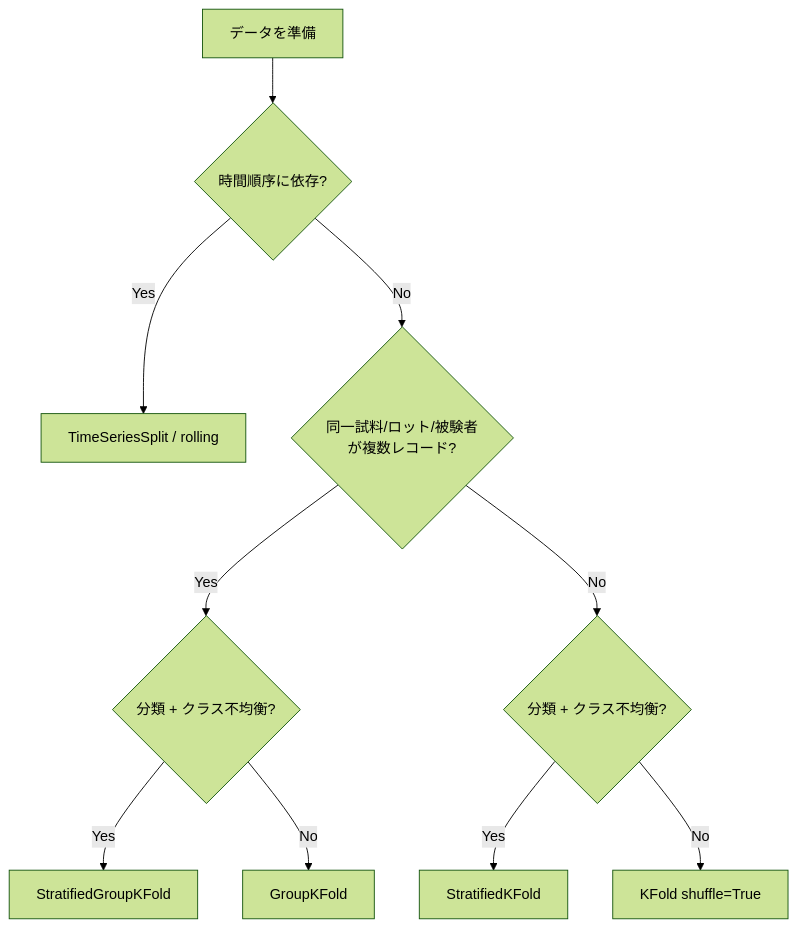
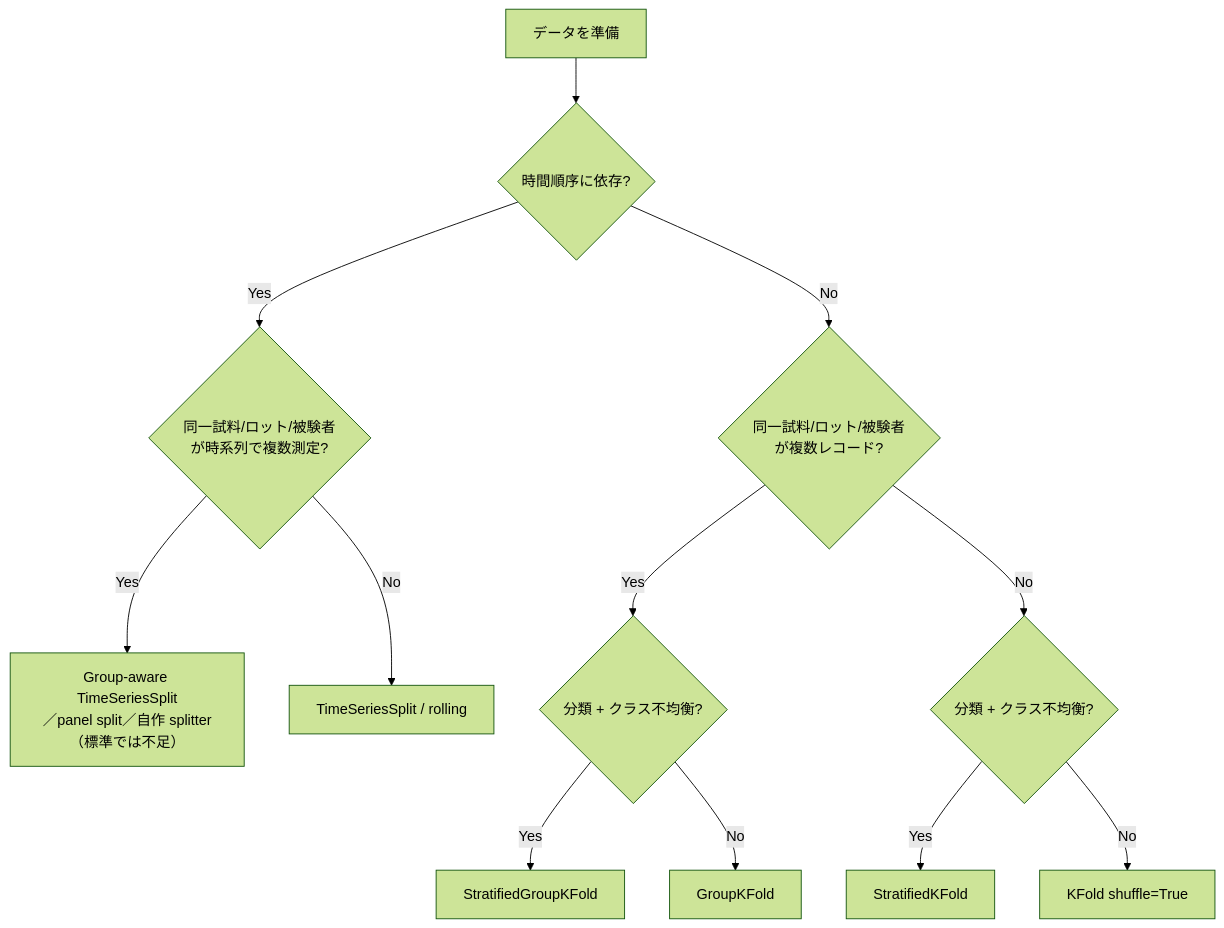
One commit to nahisaho/ARIMAgentDataAnalysisBook changed the diagram in papers/vol-02/chapter-07.md. Above: the diagram before and after it, drawn with Mermaid (forest theme). The commit also changed other lines of this file, not shown here.

````diff
--- a/papers/vol-02/chapter-07.md
+++ b/papers/vol-02/chapter-07.md
@@ -49,12 +49,14 @@
 ```mermaid
 flowchart TD
     A[データを準備] --> B{時間順序に依存?}
-    B -->|Yes| C[TimeSeriesSplit / rolling]
+    B -->|Yes| B2{同一試料/ロット/被験者<br/>が時系列で複数測定?}
+    B2 -->|Yes| B3["Group-aware TimeSeriesSplit<br/>／panel split／自作 splitter<br/>（標準では不足）"]
+    B2 -->|No| C[TimeSeriesSplit / rolling]
     B -->|No| D{同一試料/ロット/被験者<br/>が複数レコード?}
     D -->|Yes| E{分類 + クラス不均衡?}
     E -->|Yes| F[StratifiedGroupKFold]
     E -->|No| G[GroupKFold]
     D -->|No| H{分類 + クラス不均衡?}
     H -->|Yes| I[StratifiedKFold]
     H -->|No| J[KFold shuffle=True]
 ```
````
